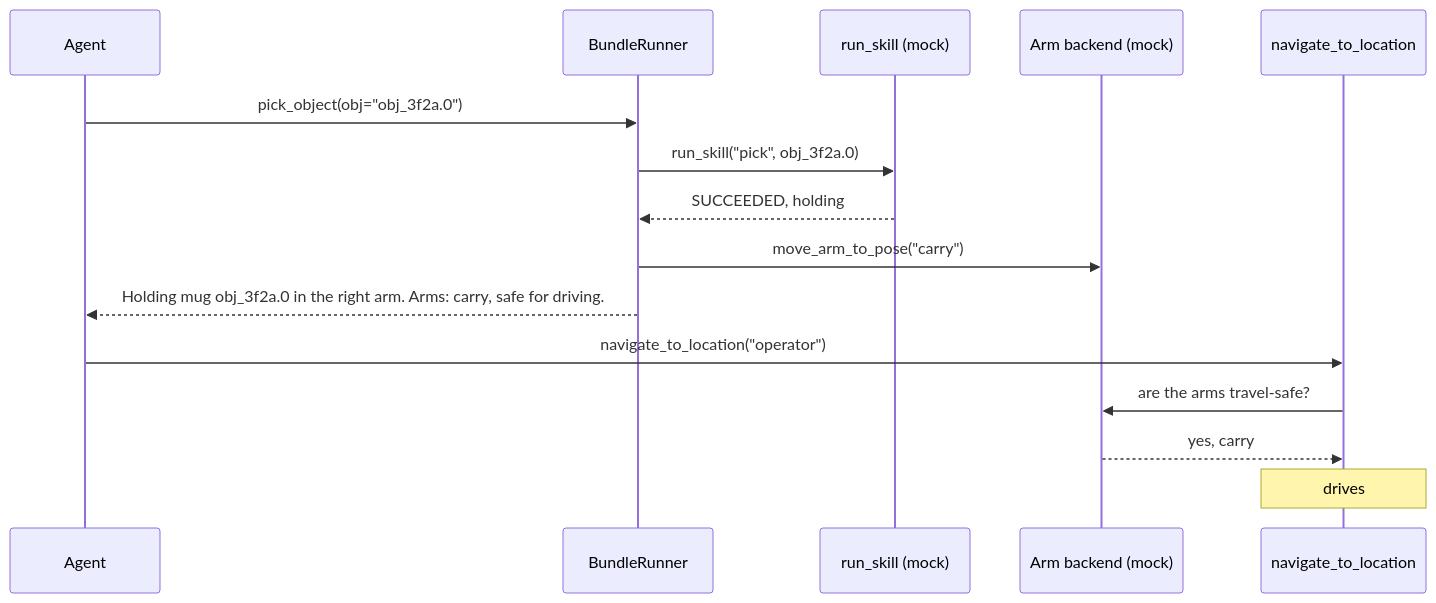
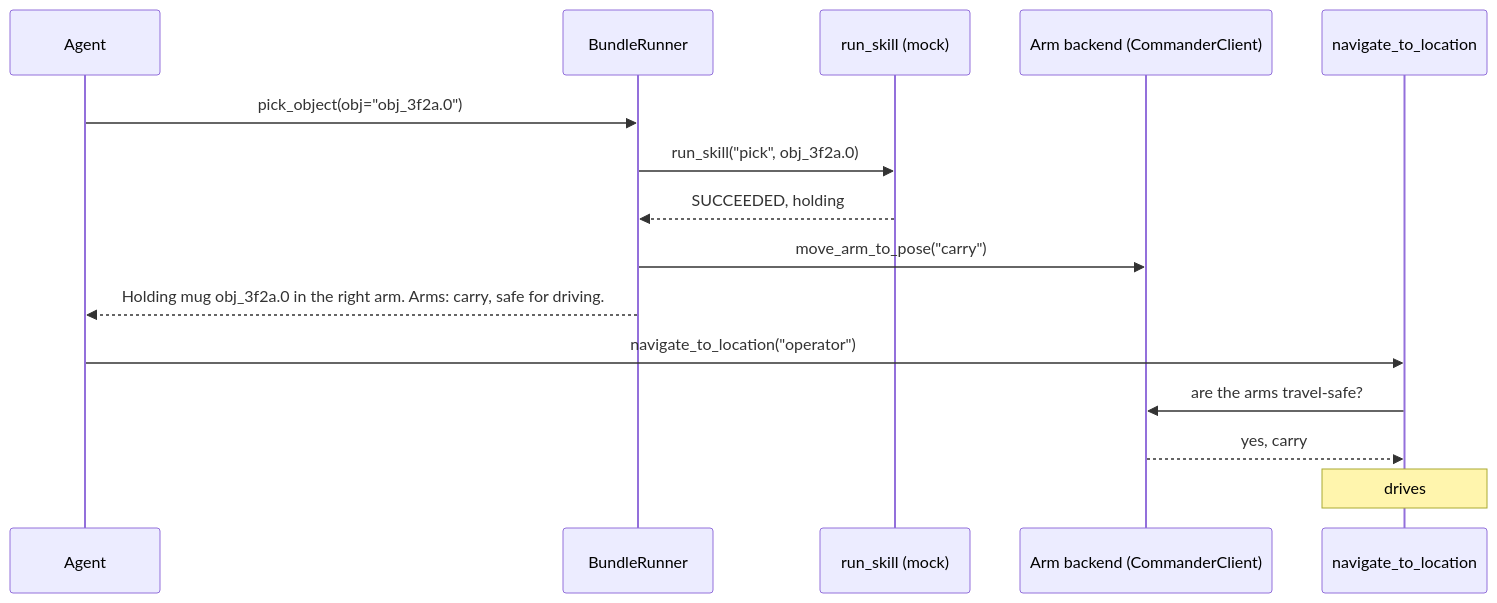
The fourth of 4 diagrams in docs/architecture/manipulation.md (EIC-Robocup-2026/walkie-agent-ros), drawn with Mermaid before and after one commit. The commit also changed other lines of this file and 43 other files, not shown here.

````diff
--- a/docs/architecture/manipulation.md
+++ b/docs/architecture/manipulation.md
@@ -595,18 +639,18 @@
 ```mermaid
 sequenceDiagram
   participant A as Agent
   participant R as BundleRunner
   participant S as run_skill (mock)
-  participant B as Arm backend (mock)
+  participant B as Arm backend (CommanderClient)
   participant N as navigate_to_location
 
   A->>R: pick_object(obj="obj_3f2a.0")
   R->>S: run_skill("pick", obj_3f2a.0)
   S-->>R: SUCCEEDED, holding
   R->>B: move_arm_to_pose("carry")
   R-->>A: Holding mug obj_3f2a.0 in the right arm. Arms: carry, safe for driving.
   A->>N: navigate_to_location("operator")
   N->>B: are the arms travel-safe?
   B-->>N: yes, carry
   Note over N: drives
 ```
````
